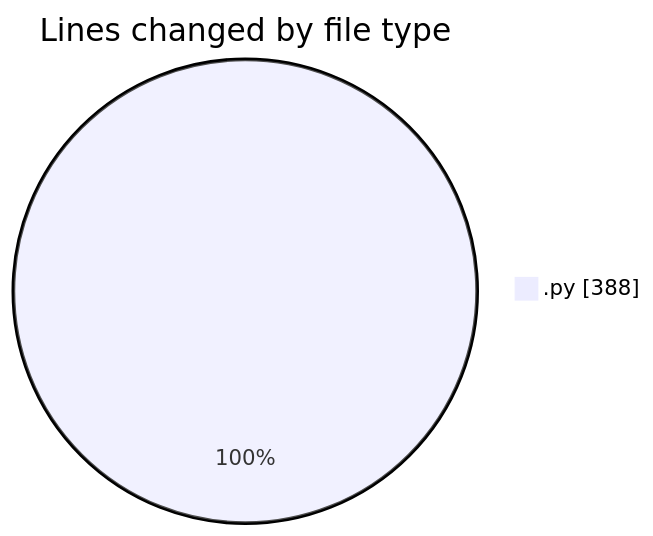
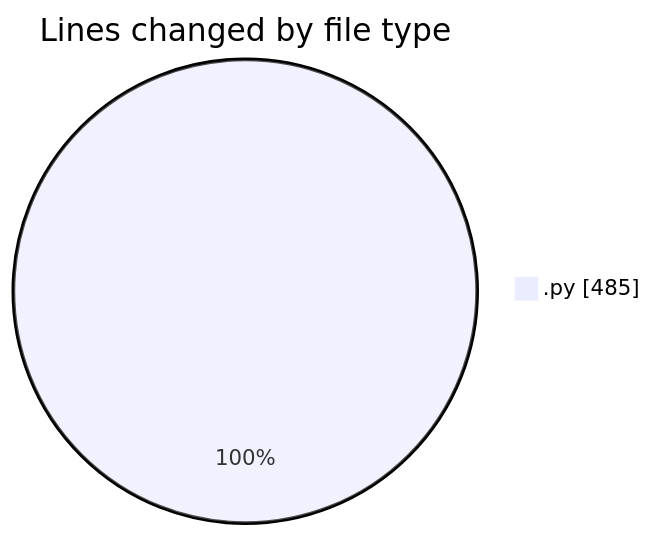
The first of 2 diagrams in 2025-06-25/samplepdf/README.md (momahboobian/code-tracking), drawn with Mermaid before and after one commit. The commit also changed other lines of this file and 1 other file, not shown here.

````diff
--- a/2025-06-25/samplepdf/README.md
+++ b/2025-06-25/samplepdf/README.md
@@ -22,5 +23,5 @@
 ```mermaid
 pie showData
 title Lines changed by file type
-".py" : 388
+".py" : 485
 ```
````
